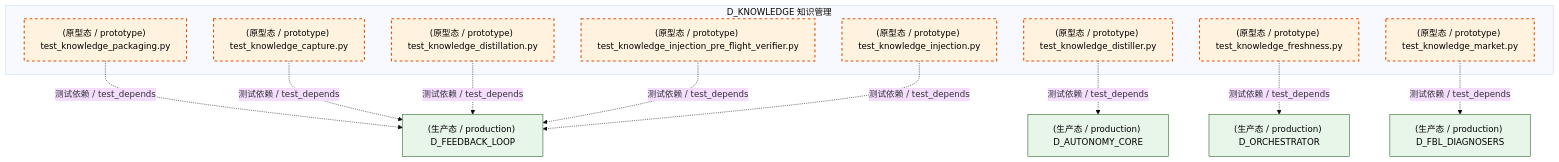
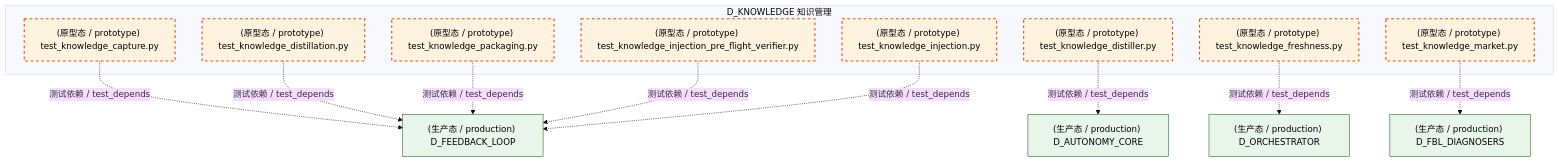
One commit to xuanFelixVan/ZephyrAlpha changed the second of 5 diagrams in docs/02_enterprise_architecture/02_domain_architecture_docs/48_d_knowledge.md. Above: the diagram before and after it, drawn with Mermaid (base theme). The commit also changed other lines of this file and 125 other files, not shown here.

````diff
--- a/docs/02_enterprise_architecture/02_domain_architecture_docs/48_d_knowledge.md
+++ b/docs/02_enterprise_architecture/02_domain_architecture_docs/48_d_knowledge.md
@@ -176,31 +174,31 @@
 ```mermaid
 graph TD
     subgraph D_KNOWLEDGE["D_KNOWLEDGE 知识管理"]
         tests_knowledge_engine_test_knowledge_capture_py["(原型态 / prototype) test_knowledge_capture.py"]
         tests_knowledge_engine_test_knowledge_distillation_py["(原型态 / prototype) test_knowledge_distillation.py"]
         tests_knowledge_engine_test_knowledge_distiller_py["(原型态 / prototype) test_knowledge_distiller.py"]
         tests_knowledge_engine_test_knowledge_freshness_py["(原型态 / prototype) test_knowledge_freshness.py"]
         tests_knowledge_engine_test_knowledge_injection_py["(原型态 / prototype) test_knowledge_injection.py"]
         tests_knowledge_engine_test_knowledge_injection_pre_flight_verifier_py["(原型态 / prototype) test_knowledge_injection_pre_flight_verifier.py"]
         tests_knowledge_engine_test_knowledge_market_py["(原型态 / prototype) test_knowledge_market.py"]
         tests_knowledge_engine_test_knowledge_packaging_py["(原型态 / prototype) test_knowledge_packaging.py"]
     end
-    D_FEEDBACK_LOOP["(生产态 / production) D_FEEDBACK_LOOP"]
-    tests_knowledge_engine_test_knowledge_packaging_py -.->|测试依赖 / test_depends| D_FEEDBACK_LOOP
     D_AUTONOMY_CORE["(生产态 / production) D_AUTONOMY_CORE"]
     tests_knowledge_engine_test_knowledge_distiller_py -.->|测试依赖 / test_depends| D_AUTONOMY_CORE
+    D_FEEDBACK_LOOP["(生产态 / production) D_FEEDBACK_LOOP"]
     tests_knowledge_engine_test_knowledge_capture_py -.->|测试依赖 / test_depends| D_FEEDBACK_LOOP
     tests_knowledge_engine_test_knowledge_distillation_py -.->|测试依赖 / test_depends| D_FEEDBACK_LOOP
     D_FBL_DIAGNOSERS["(生产态 / production) D_FBL_DIAGNOSERS"]
     tests_knowledge_engine_test_knowledge_market_py -.->|测试依赖 / test_depends| D_FBL_DIAGNOSERS
+    tests_knowledge_engine_test_knowledge_packaging_py -.->|测试依赖 / test_depends| D_FEEDBACK_LOOP
     tests_knowledge_engine_test_knowledge_injection_pre_flight_verifier_py -.->|测试依赖 / test_depends| D_FEEDBACK_LOOP
     tests_knowledge_engine_test_knowledge_injection_py -.->|测试依赖 / test_depends| D_FEEDBACK_LOOP
     D_ORCHESTRATOR["(生产态 / production) D_ORCHESTRATOR"]
     tests_knowledge_engine_test_knowledge_freshness_py -.->|测试依赖 / test_depends| D_ORCHESTRATOR
     classDef production fill:#e1f5fe,stroke:#01579b,stroke-width:2px,color:#000
     classDef design fill:#fff3e0,stroke:#e65100,stroke-width:2px,color:#000,stroke-dasharray: 5 5
     classDef external_prod fill:#e8f5e9,stroke:#1b5e20,stroke-width:1px,color:#000
     classDef external_design fill:#fce4ec,stroke:#880e4f,stroke-width:1px,color:#000,stroke-dasharray: 5 5
     class tests_knowledge_engine_test_knowledge_capture_py,tests_knowledge_engine_test_knowledge_distillation_py,tests_knowledge_engine_test_knowledge_distiller_py,tests_knowledge_engine_test_knowledge_freshness_py,tests_knowledge_engine_test_knowledge_injection_py,tests_knowledge_engine_test_knowledge_injection_pre_flight_verifier_py,tests_knowledge_engine_test_knowledge_market_py,tests_knowledge_engine_test_knowledge_packaging_py design
-    class D_FEEDBACK_LOOP,D_AUTONOMY_CORE,D_FBL_DIAGNOSERS,D_ORCHESTRATOR external_prod
+    class D_AUTONOMY_CORE,D_FEEDBACK_LOOP,D_FBL_DIAGNOSERS,D_ORCHESTRATOR external_prod
 ```
````
